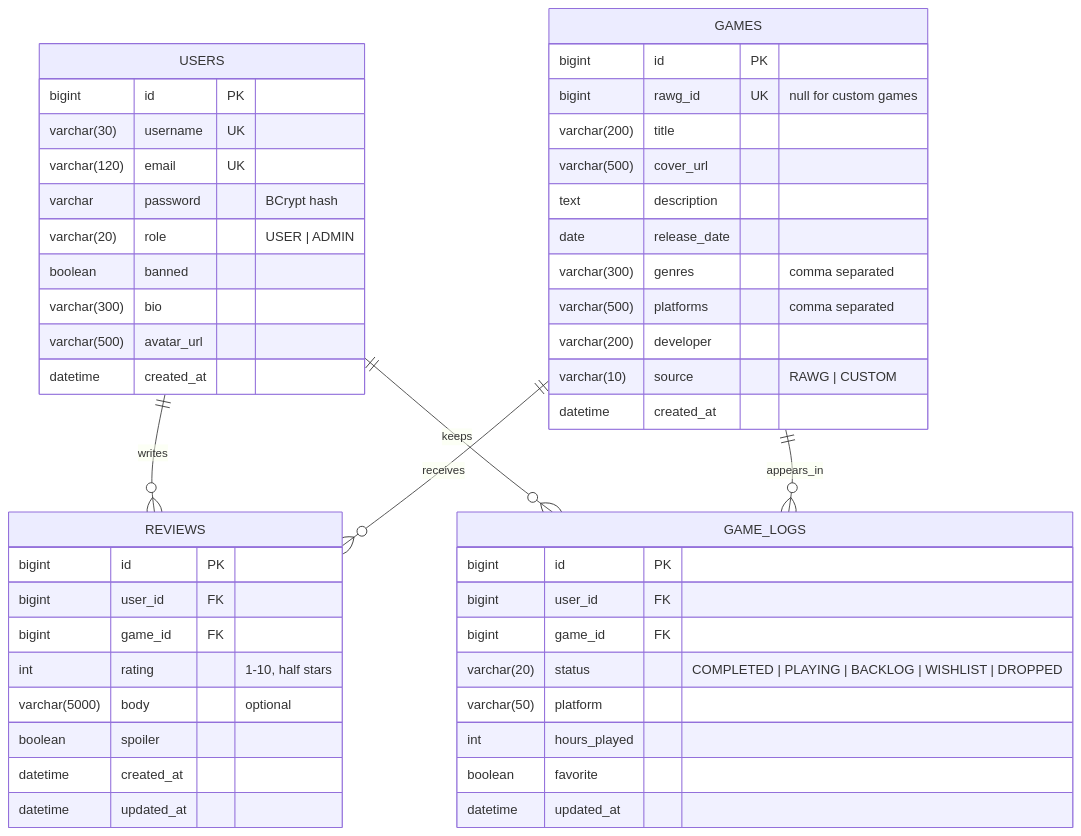
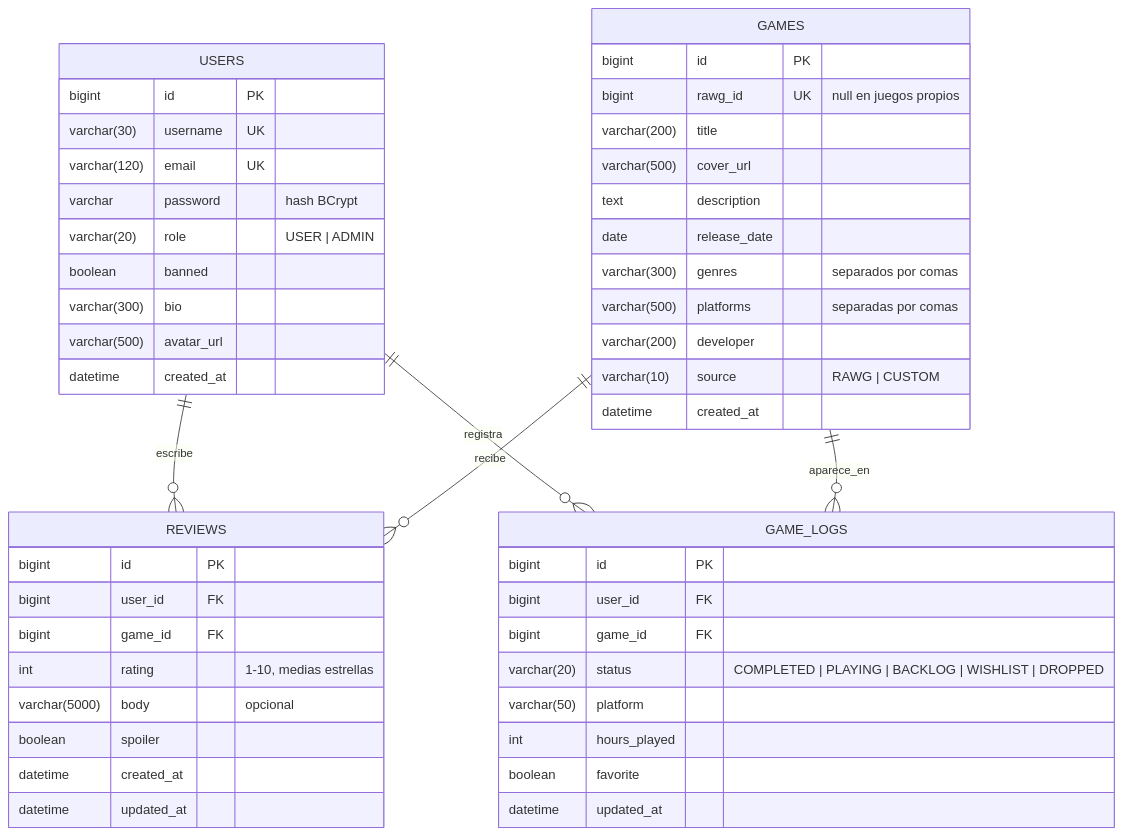
The second of 4 diagrams in README.md (joseang1/gametracker-backend), drawn with Mermaid before and after one commit. The commit also changed other lines of this file, not shown here.

````diff
--- a/README.md
+++ b/README.md
@@ -96,52 +96,52 @@
 ```mermaid
 erDiagram
-    USERS ||--o{ REVIEWS : writes
-    USERS ||--o{ GAME_LOGS : keeps
-    GAMES ||--o{ REVIEWS : receives
-    GAMES ||--o{ GAME_LOGS : appears_in
+    USERS ||--o{ REVIEWS : escribe
+    USERS ||--o{ GAME_LOGS : registra
+    GAMES ||--o{ REVIEWS : recibe
+    GAMES ||--o{ GAME_LOGS : aparece_en
 
     USERS {
         bigint id PK
         varchar(30) username UK
         varchar(120) email UK
-        varchar password "BCrypt hash"
+        varchar password "hash BCrypt"
         varchar(20) role "USER | ADMIN"
         boolean banned
         varchar(300) bio
         varchar(500) avatar_url
         datetime created_at
     }
     GAMES {
         bigint id PK
-        bigint rawg_id UK "null for custom games"
+        bigint rawg_id UK "null en juegos propios"
         varchar(200) title
         varchar(500) cover_url
         text description
         date release_date
-        varchar(300) genres "comma separated"
-        varchar(500) platforms "comma separated"
+        varchar(300) genres "separados por comas"
+        varchar(500) platforms "separadas por comas"
         varchar(200) developer
         varchar(10) source "RAWG | CUSTOM"
         datetime created_at
     }
     REVIEWS {
         bigint id PK
         bigint user_id FK
         bigint game_id FK
-        int rating "1-10, half stars"
-        varchar(5000) body "optional"
+        int rating "1-10, medias estrellas"
+        varchar(5000) body "opcional"
         boolean spoiler
         datetime created_at
         datetime updated_at
     }
     GAME_LOGS {
         bigint id PK
         bigint user_id FK
         bigint game_id FK
         varchar(20) status "COMPLETED | PLAYING | BACKLOG | WISHLIST | DROPPED"
         varchar(50) platform
         int hours_played
         boolean favorite
         datetime updated_at
     }
 ```
````
